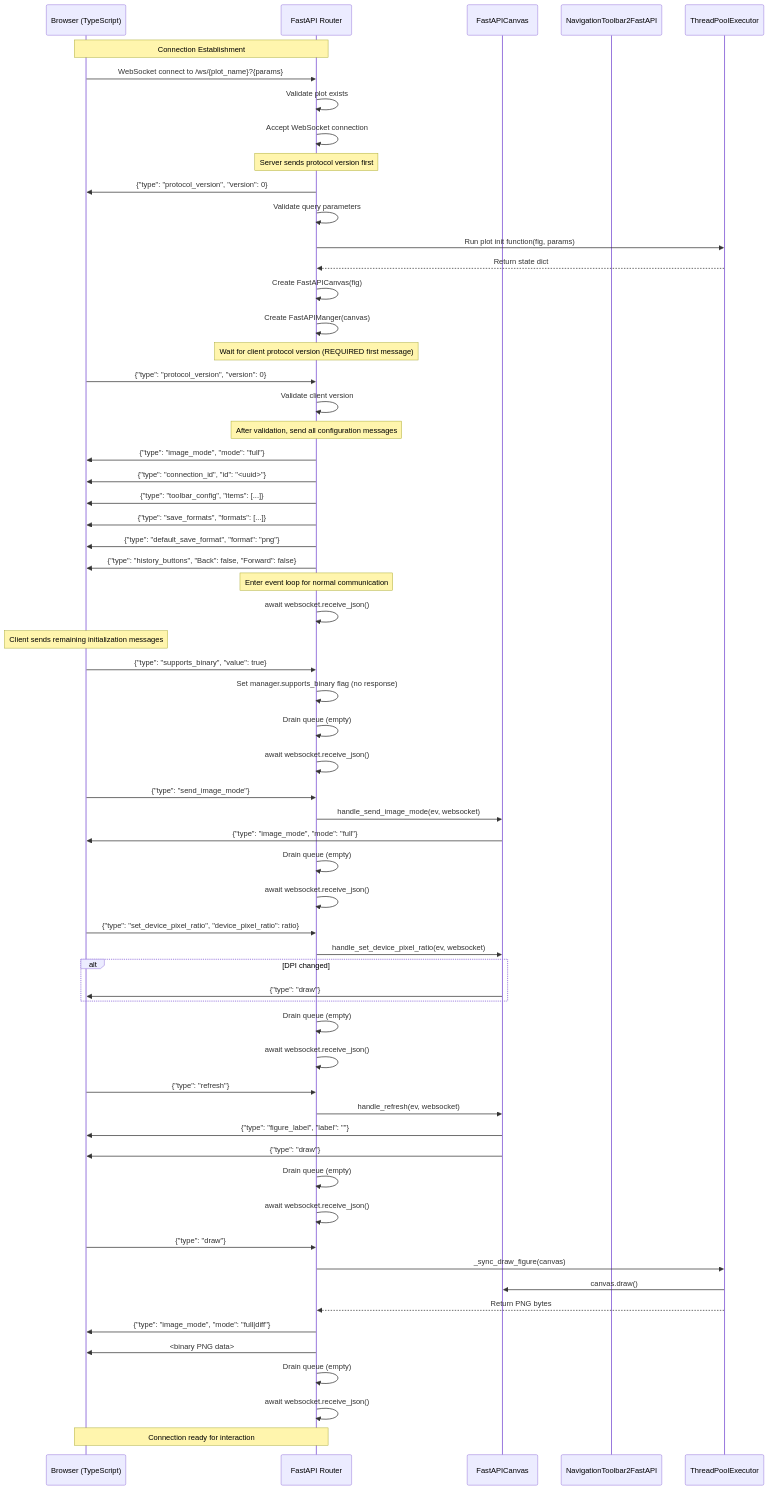
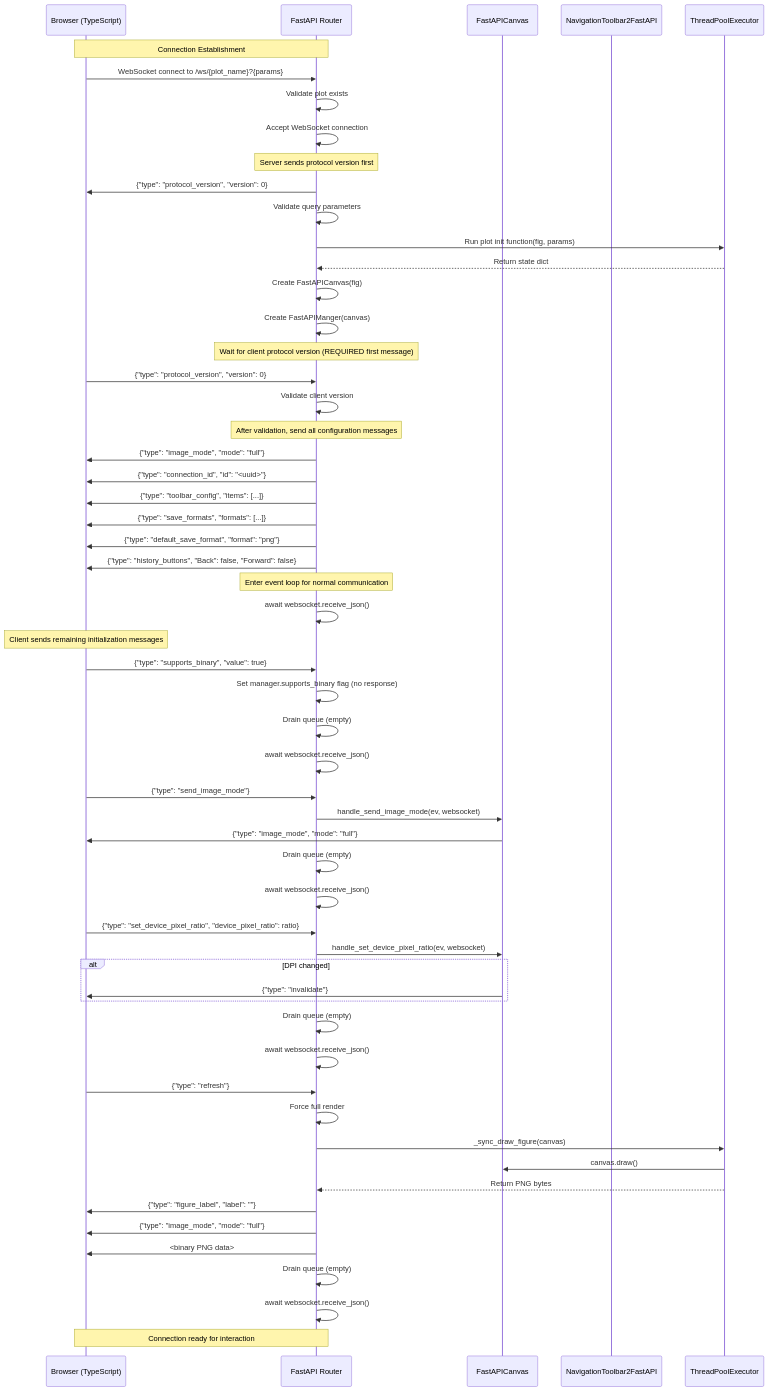
Before and after one commit to tacaswell/matplotlib-fastapi: the first of 12 diagrams in docs/websocket-protocol.md, drawn with Mermaid. The commit also changed other lines of this file and 4 other files, not shown here.

````diff
--- a/docs/websocket-protocol.md
+++ b/docs/websocket-protocol.md
@@ -18,74 +18,69 @@
 ```mermaid
 sequenceDiagram
     participant Client as Browser (TypeScript)
     participant Router as FastAPI Router
     participant Backend as FastAPICanvas
     participant Toolbar as NavigationToolbar2FastAPI
     participant Executor as ThreadPoolExecutor
 
     Note over Client,Router: Connection Establishment
     Client->>Router: WebSocket connect to /ws/{plot_name}?{params}
     Router->>Router: Validate plot exists
     Router->>Router: Accept WebSocket connection
     
     Note over Router: Server sends protocol version first
     Router->>Client: {"type": "protocol_version", "version": 0}
     Router->>Router: Validate query parameters
     Router->>Executor: Run plot init function(fig, params)
     Executor-->>Router: Return state dict
     Router->>Router: Create FastAPICanvas(fig)
     Router->>Router: Create FastAPIManger(canvas)
     
     Note over Router: Wait for client protocol version (REQUIRED first message)
     Client->>Router: {"type": "protocol_version", "version": 0}
     Router->>Router: Validate client version
     
     Note over Router: After validation, send all configuration messages
     Router->>Client: {"type": "image_mode", "mode": "full"}
     Router->>Client: {"type": "connection_id", "id": "<uuid>"}
     Router->>Client: {"type": "toolbar_config", "items": [...]}
     Router->>Client: {"type": "save_formats", "formats": [...]}
     Router->>Client: {"type": "default_save_format", "format": "png"}
     Router->>Client: {"type": "history_buttons", "Back": false, "Forward": false}
     
     Note over Router: Enter event loop for normal communication
     Router->>Router: await websocket.receive_json()
     
     Note over Client: Client sends remaining initialization messages
     Client->>Router: {"type": "supports_binary", "value": true}
     Router->>Router: Set manager.supports_binary flag (no response)
     Router->>Router: Drain queue (empty)
     Router->>Router: await websocket.receive_json()
     
     Client->>Router: {"type": "send_image_mode"}
     Router->>Backend: handle_send_image_mode(ev, websocket)
     Backend->>Client: {"type": "image_mode", "mode": "full"}
     Router->>Router: Drain queue (empty)
     Router->>Router: await websocket.receive_json()
     
     Client->>Router: {"type": "set_device_pixel_ratio", "device_pixel_ratio": ratio}
     Router->>Backend: handle_set_device_pixel_ratio(ev, websocket)
     alt DPI changed
-        Backend->>Client: {"type": "draw"}
+        Backend->>Client: {"type": "invalidate"}
     end
     Router->>Router: Drain queue (empty)
     Router->>Router: await websocket.receive_json()
     
     Client->>Router: {"type": "refresh"}
-    Router->>Backend: handle_refresh(ev, websocket)
-    Backend->>Client: {"type": "figure_label", "label": ""}
-    Backend->>Client: {"type": "draw"}
-    Router->>Router: Drain queue (empty)
-    Router->>Router: await websocket.receive_json()
-    
-    Client->>Router: {"type": "draw"}
+    Router->>Router: Force full render
     Router->>Executor: _sync_draw_figure(canvas)
     Executor->>Backend: canvas.draw()
     Executor-->>Router: Return PNG bytes
-    Router->>Client: {"type": "image_mode", "mode": "full|diff"}
+    Router->>Client: {"type": "figure_label", "label": ""}
+    Router->>Client: {"type": "image_mode", "mode": "full"}
     Router->>Client: <binary PNG data>
     Router->>Router: Drain queue (empty)
     Router->>Router: await websocket.receive_json()
     
     Note over Client,Router: Connection ready for interaction
 ```
````
